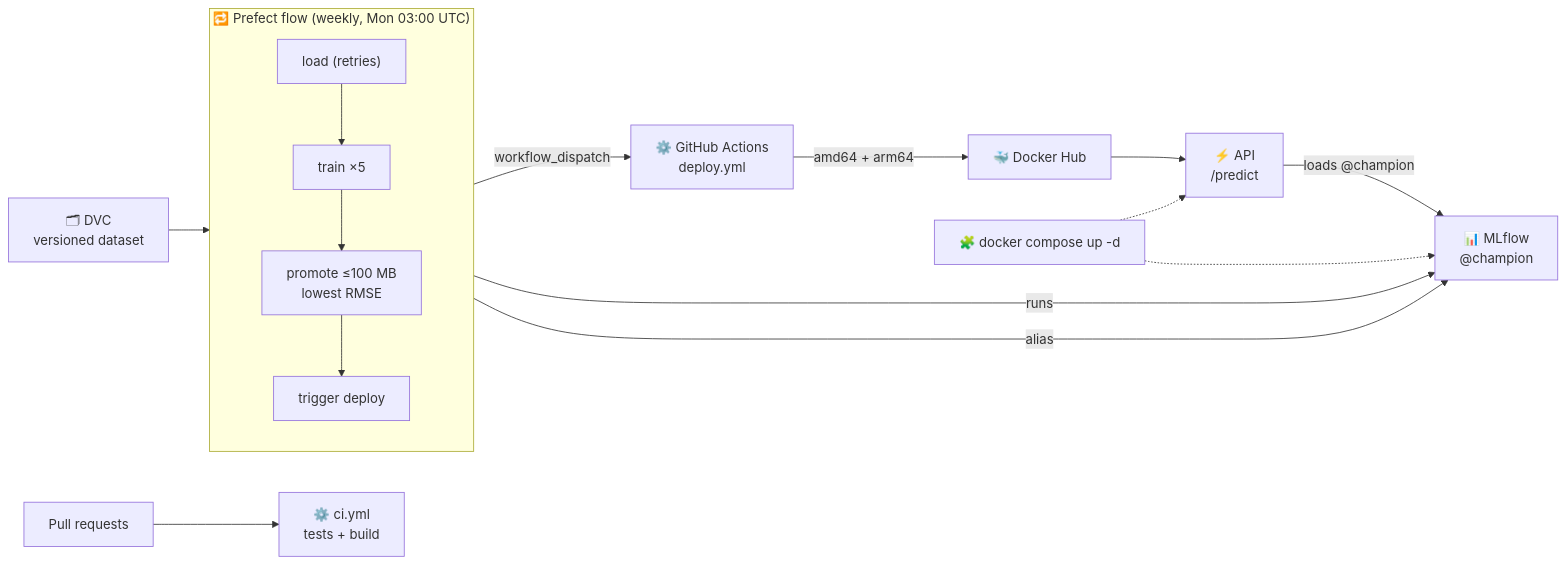
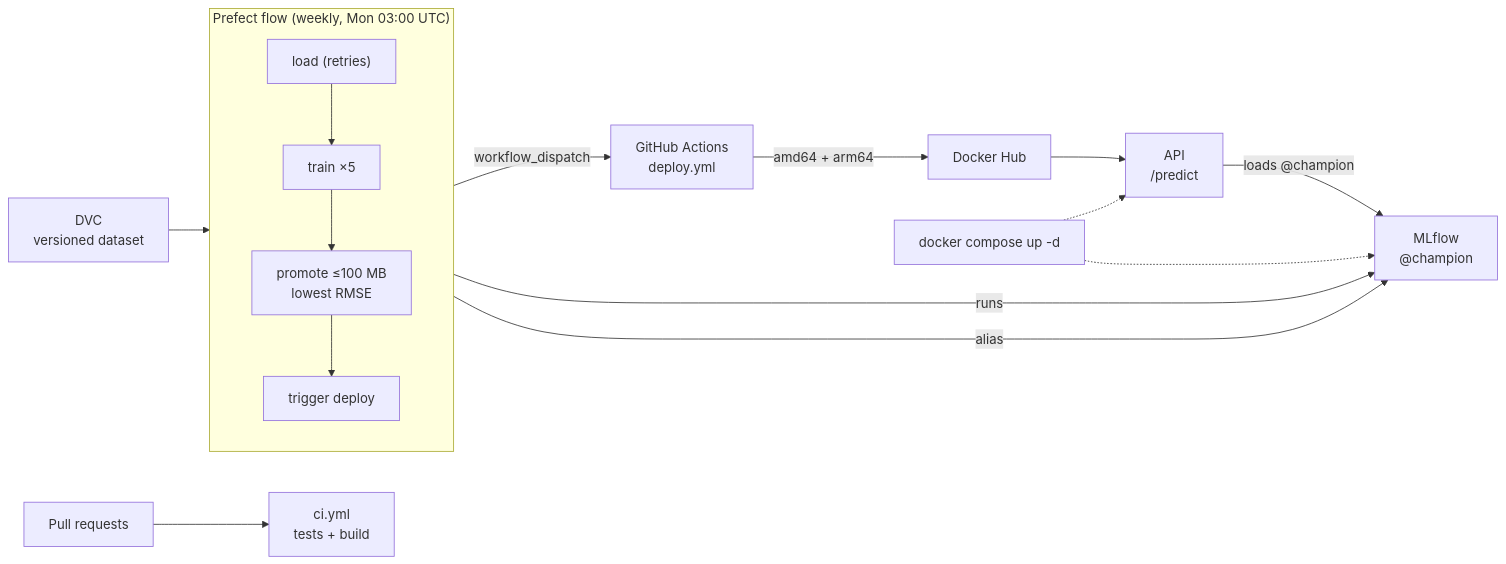
One commit to shikharkumar13/-NYC-Airbnb-Price-Prediction-MLOps changed the diagram in docs/guide/08_wrapup.md. Above: the diagram before and after it, drawn with Mermaid. The commit also changed other lines of this file and 15 other files, not shown here.

````diff
--- a/docs/guide/08_wrapup.md
+++ b/docs/guide/08_wrapup.md
@@ -83,17 +85,17 @@
 ```mermaid
 flowchart LR
-    DVC["🗂 DVC\nversioned dataset"] --> PF
-    subgraph PF ["🔁 Prefect flow (weekly, Mon 03:00 UTC)"]
+    DVC["DVC\nversioned dataset"] --> PF
+    subgraph PF ["Prefect flow (weekly, Mon 03:00 UTC)"]
         direction TB
         L["load (retries)"] --> T["train ×5"] --> PR["promote ≤100 MB\nlowest RMSE"] --> TD["trigger deploy"]
     end
-    T -- "runs" --> MLF["📊 MLflow\n@champion"]
+    T -- "runs" --> MLF["MLflow\n@champion"]
     PR -- "alias" --> MLF
-    TD -- "workflow_dispatch" --> GH["⚙️ GitHub Actions\ndeploy.yml"]
-    GH -- "amd64 + arm64" --> HUB["🐳 Docker Hub"]
-    HUB --> API["⚡ API\n/predict"]
+    TD -- "workflow_dispatch" --> GH["GitHub Actions\ndeploy.yml"]
+    GH -- "amd64 + arm64" --> HUB["Docker Hub"]
+    HUB --> API["API\n/predict"]
     API -- "loads @champion" --> MLF
-    PRS["Pull requests"] --> CI["⚙️ ci.yml\ntests + build"]
-    DC["🧩 docker compose up -d"] -.-> MLF
+    PRS["Pull requests"] --> CI["ci.yml\ntests + build"]
+    DC["docker compose up -d"] -.-> MLF
     DC -.-> API
 ```
````
